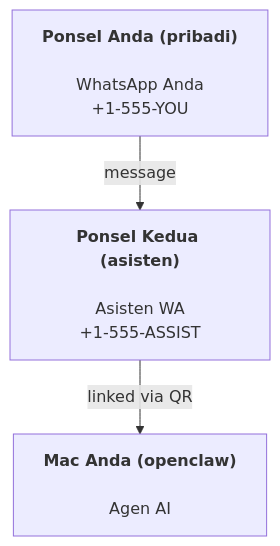
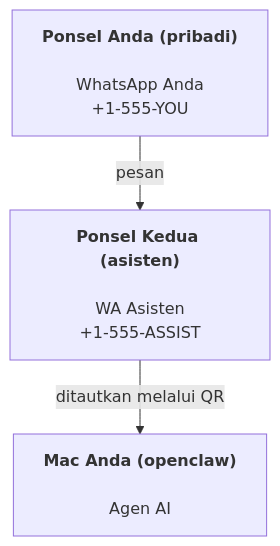
One commit to openclaw/docs changed the diagram in docs/id/start/openclaw.md. Above: the diagram before and after it, drawn with Mermaid. The commit also changed other lines of this file and 6121 other files, not shown here.

````diff
--- a/docs/id/start/openclaw.md
+++ b/docs/id/start/openclaw.md
@@ -42,5 +37,5 @@
 ```mermaid
 flowchart TB
-    A["<b>Ponsel Anda (pribadi)<br></b><br>WhatsApp Anda<br>+1-555-YOU"] -- message --> B["<b>Ponsel Kedua (asisten)<br></b><br>Asisten WA<br>+1-555-ASSIST"]
-    B -- linked via QR --> C["<b>Mac Anda (openclaw)<br></b><br>Agen AI"]
+    A["<b>Ponsel Anda (pribadi)<br></b><br>WhatsApp Anda<br>+1-555-YOU"] -- pesan --> B["<b>Ponsel Kedua (asisten)<br></b><br>WA Asisten<br>+1-555-ASSIST"]
+    B -- ditautkan melalui QR --> C["<b>Mac Anda (openclaw)<br></b><br>Agen AI"]
 ```
````
